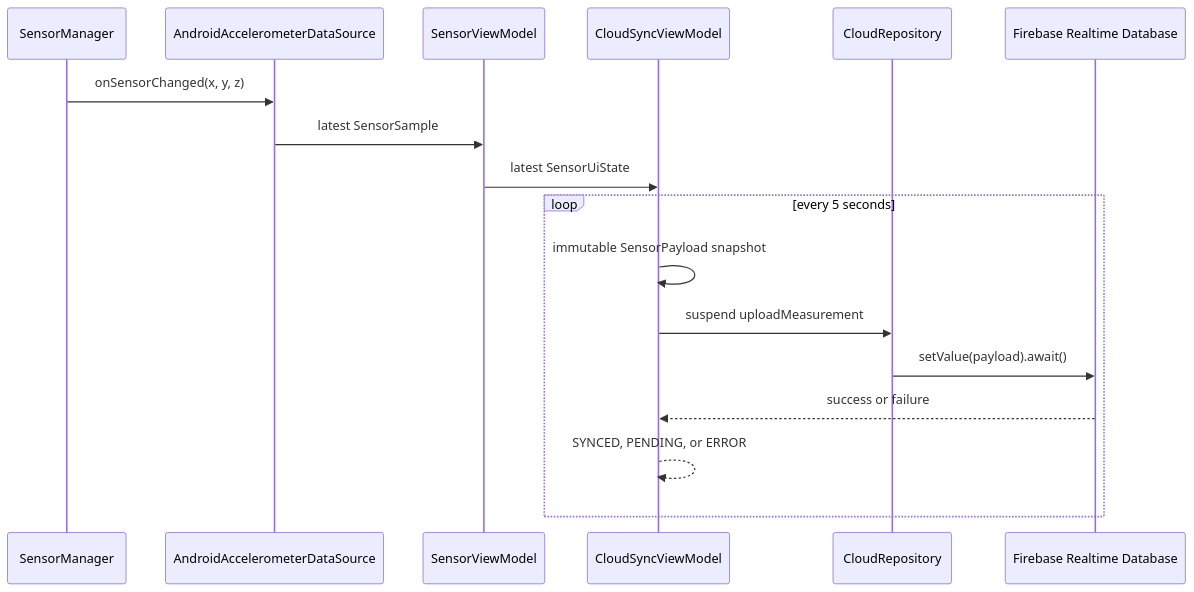
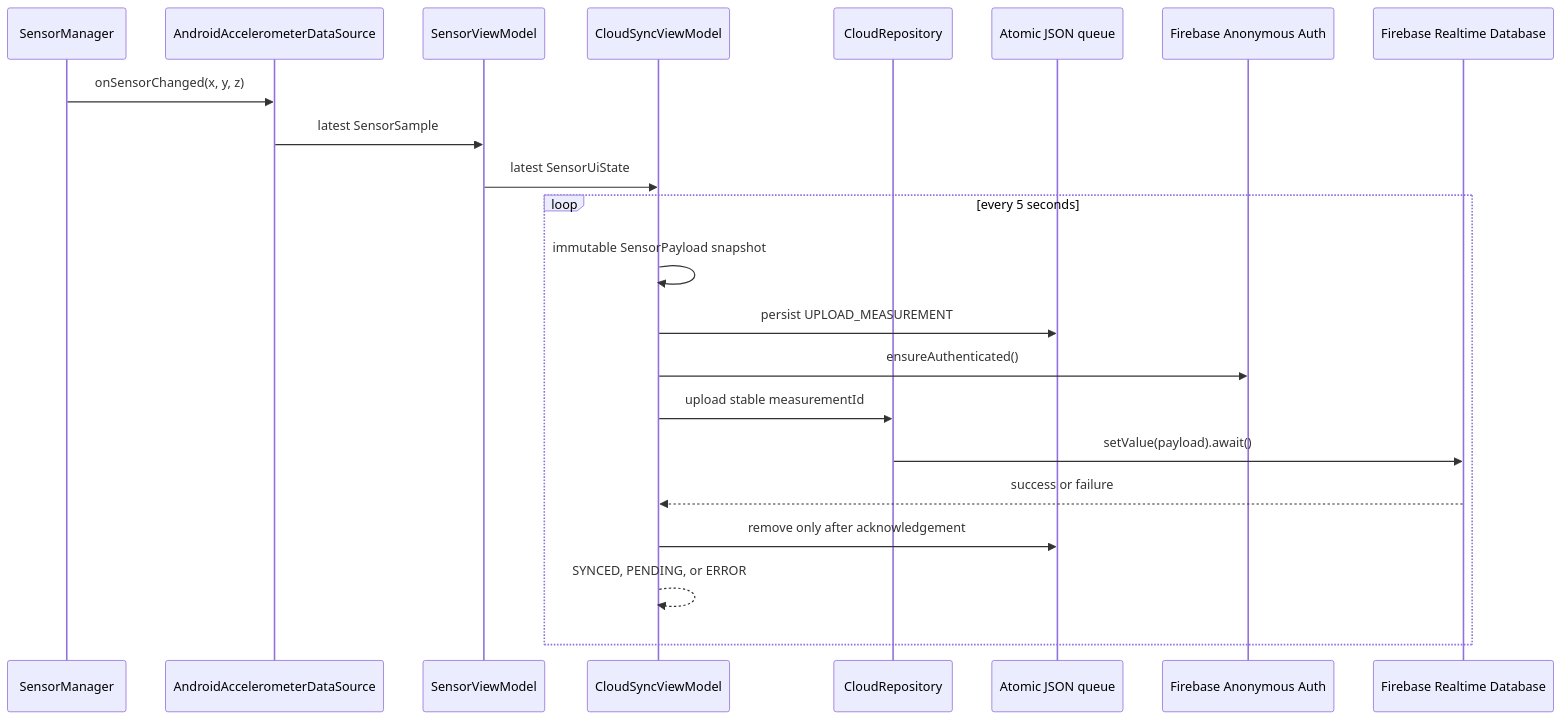
The diagram in README.md (Eclipse-XS/SleepTrackerSimulator), drawn with Mermaid before and after one commit. The commit also changed other lines of this file and 20 other files, not shown here.

````diff
--- a/README.md
+++ b/README.md
@@ -71,19 +73,24 @@
 ```mermaid
 sequenceDiagram
     participant S as SensorManager
     participant DS as AndroidAccelerometerDataSource
     participant VM as SensorViewModel
     participant C as CloudSyncViewModel
     participant R as CloudRepository
+    participant Q as Atomic JSON queue
+    participant A as Firebase Anonymous Auth
     participant F as Firebase Realtime Database
     S->>DS: onSensorChanged(x, y, z)
     DS->>VM: latest SensorSample
     VM->>C: latest SensorUiState
     loop every 5 seconds
         C->>C: immutable SensorPayload snapshot
-        C->>R: suspend uploadMeasurement
+        C->>Q: persist UPLOAD_MEASUREMENT
+        C->>A: ensureAuthenticated()
+        C->>R: upload stable measurementId
         R->>F: setValue(payload).await()
         F-->>C: success or failure
+        C->>Q: remove only after acknowledgement
         C-->>C: SYNCED, PENDING, or ERROR
     end
 ```
````
